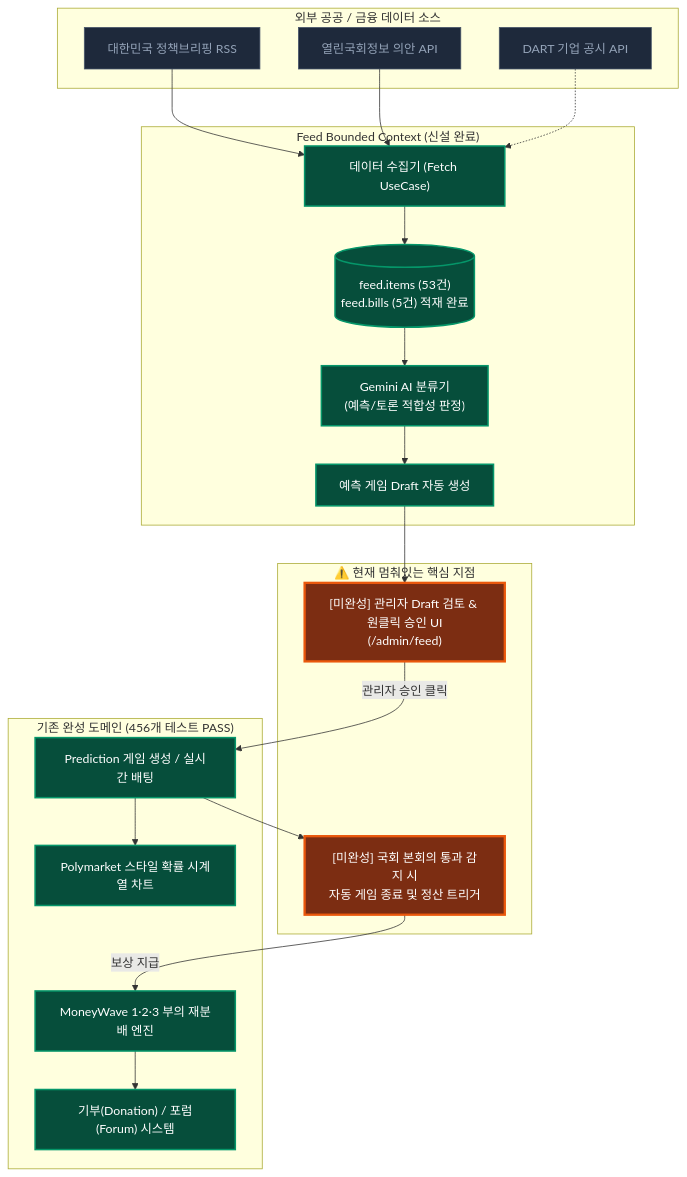
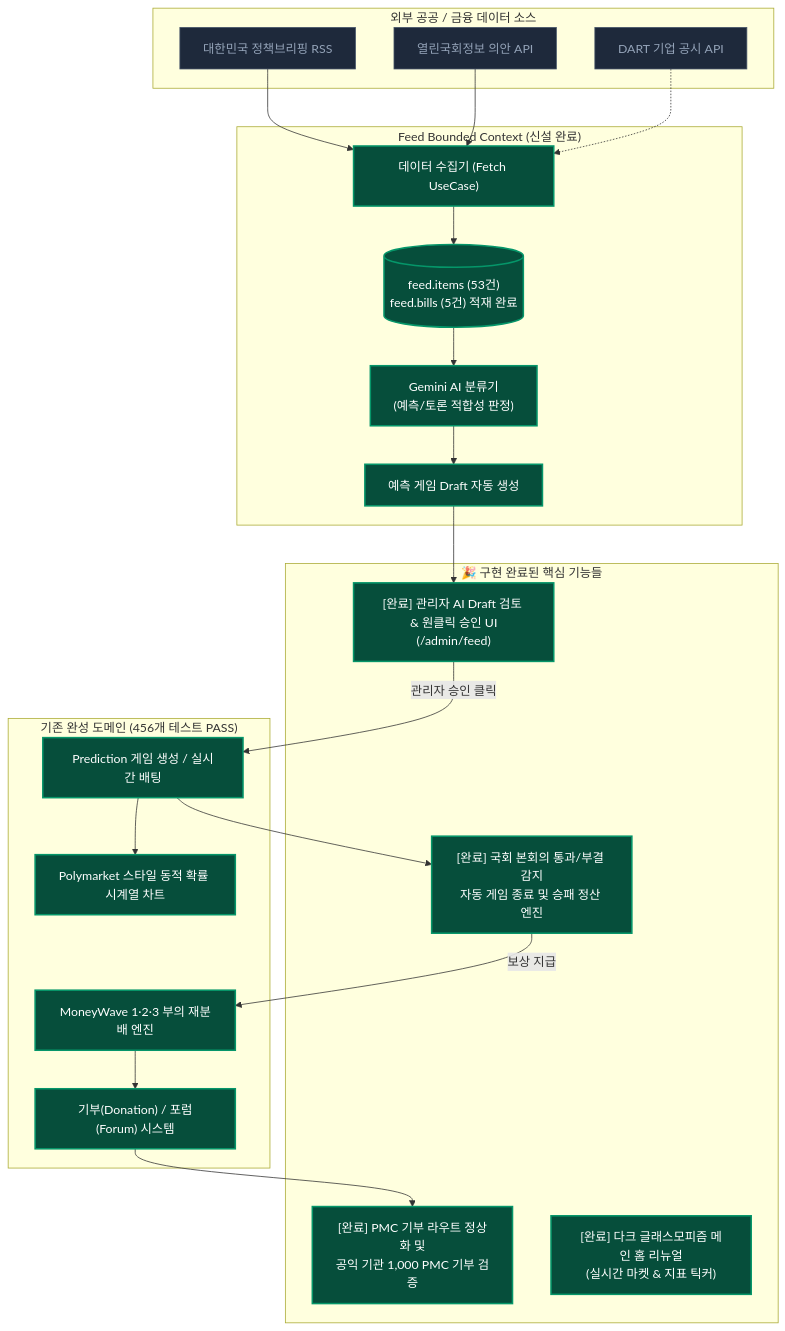
The second of 3 diagrams in docs/POSMUL_STATUS_AND_ROADMAP.md (positivemultiplier/posmul), drawn with Mermaid before and after one commit. The commit also changed other lines of this file, not shown here.

Commit message:
docs(roadmap): 최신 기능 구현 및 E2E 검증 완료 상태 반영

````diff
--- a/docs/POSMUL_STATUS_AND_ROADMAP.md
+++ b/docs/POSMUL_STATUS_AND_ROADMAP.md
@@ -62,50 +62,51 @@
 ```mermaid
 flowchart TD
     subgraph Ext ["외부 공공 / 금융 데이터 소스"]
         RSS["대한민국 정책브리핑 RSS"]
         API["열린국회정보 의안 API"]
         DART["DART 기업 공시 API"]
     end
 
     subgraph Feed ["Feed Bounded Context (신설 완료)"]
         Ingest["데이터 수집기 (Fetch UseCase)"]
         DB_Feed[("feed.items (53건)<br>feed.bills (5건) 적재 완료")]
         AI["Gemini AI 분류기<br>(예측/토론 적합성 판정)"]
         DraftGen["예측 게임 Draft 자동 생성"]
         
         Ingest --> DB_Feed
         DB_Feed --> AI
         AI --> DraftGen
     end
 
-    subgraph BlockPoint ["⚠️ 현재 멈춰있는 핵심 지점"]
-        AdminUI["[미완성] 관리자 Draft 검토 & 원클릭 승인 UI<br>(/admin/feed)"]
-        AutoSettle["[미완성] 국회 본회의 통과 감지 시<br>자동 게임 종료 및 정산 트리거"]
+    subgraph BlockPoint ["🎉 구현 완료된 핵심 기능들"]
+        AdminUI["[완료] 관리자 AI Draft 검토 & 원클릭 승인 UI<br>(/admin/feed)"]
+        AutoSettle["[완료] 국회 본회의 통과/부결 감지<br>자동 게임 종료 및 승패 정산 엔진"]
+        DonationFlow["[완료] PMC 기부 라우트 정상화 및<br>공익 기관 1,000 PMC 기부 검증"]
+        HomeRenew["[완료] 다크 글래스모피즘 메인 홈 리뉴얼<br>(실시간 마켓 & 지표 틱커)"]
     end
 
     subgraph Core ["기존 완성 도메인 (456개 테스트 PASS)"]
         PredGame["Prediction 게임 생성 / 실시간 배팅"]
-        Chart["Polymarket 스타일 확률 시계열 차트"]
+        Chart["Polymarket 스타일 동적 확률 시계열 차트"]
         MW["MoneyWave 1·2·3 부의 재분배 엔진"]
         DonationContext["기부(Donation) / 포럼(Forum) 시스템"]
     end
 
     RSS --> Ingest
     API --> Ingest
     DART -.-> Ingest
 
     DraftGen --> AdminUI
     AdminUI -->|"관리자 승인 클릭"| PredGame
     PredGame --> Chart
     PredGame --> AutoSettle
     AutoSettle -->|"보상 지급"| MW
     MW --> DonationContext
+    DonationContext --> DonationFlow
 
     classDef done fill:#064e3b,stroke:#059669,stroke-width:2px,color:#fff
-    classDef paused fill:#7c2d12,stroke:#ea580c,stroke-width:3px,color:#fff
     classDef external fill:#1e293b,stroke:#475569,stroke-width:1px,color:#94a3b8
 
     class RSS,API,DART external
-    class Ingest,DB_Feed,AI,DraftGen,PredGame,Chart,MW,DonationContext done
-    class AdminUI,AutoSettle paused
+    class Ingest,DB_Feed,AI,DraftGen,PredGame,Chart,MW,DonationContext,AdminUI,AutoSettle,DonationFlow,HomeRenew done
 ```
````
